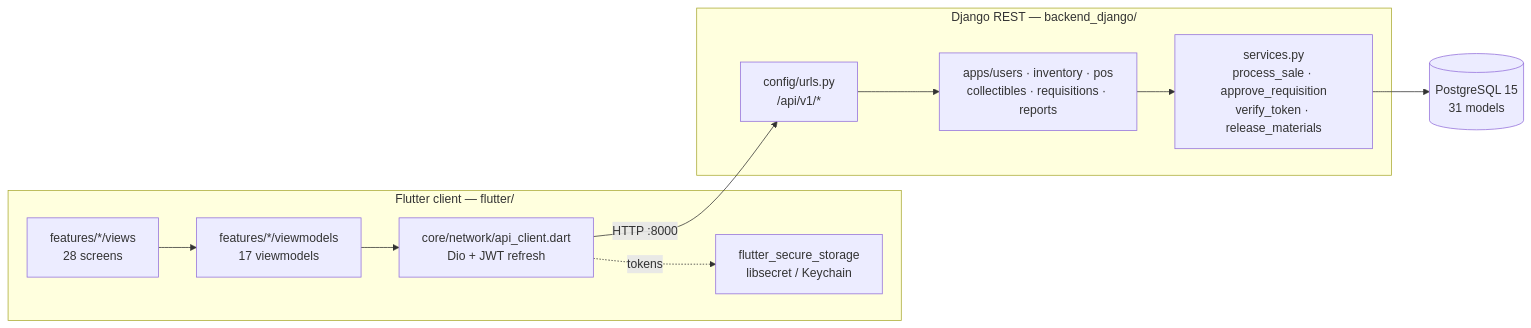
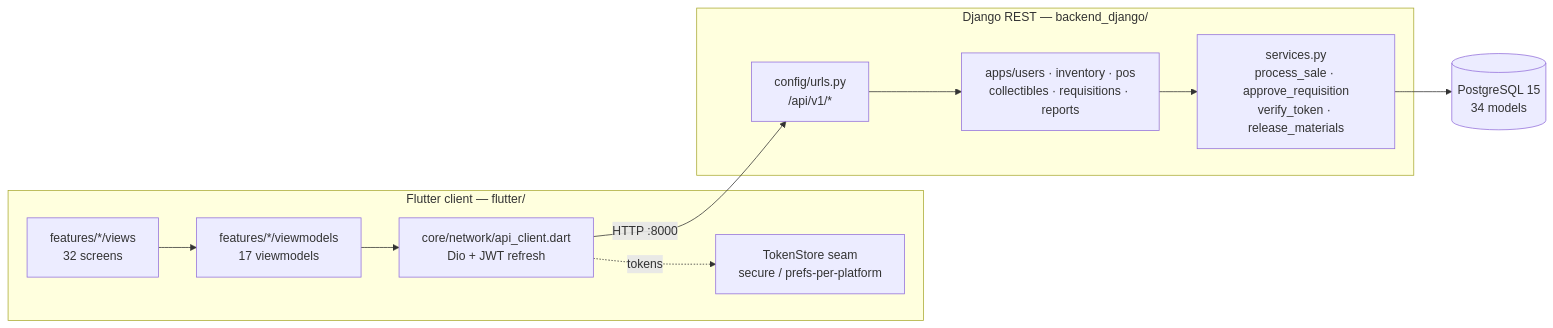
Before and after one commit to ziminni/qb_hardwarestore: the first of 2 diagrams in docs/SYSTEM_ATLAS.md, drawn with Mermaid. The commit also changed other lines of this file and 1 other file, not shown here.

Commit message:
docs(icm): atlas refresh 2026-10-21 — cashier-workflow live rows, 25/39 matrix, 34 models

````diff
--- a/docs/SYSTEM_ATLAS.md
+++ b/docs/SYSTEM_ATLAS.md
@@ -13,20 +13,20 @@
 ```mermaid
 flowchart LR
   subgraph Client["Flutter client — flutter/"]
-    UI["features/*/views<br/>28 screens"]
+    UI["features/*/views<br/>32 screens"]
     VM["features/*/viewmodels<br/>17 viewmodels"]
     NET["core/network/api_client.dart<br/>Dio + JWT refresh"]
-    SEC["flutter_secure_storage<br/>libsecret / Keychain"]
+    SEC["TokenStore seam<br/>secure / prefs-per-platform"]
     UI --> VM --> NET
     NET -. tokens .-> SEC
   end
   subgraph Server["Django REST — backend_django/"]
     URLS["config/urls.py<br/>/api/v1/*"]
     APPS["apps/users · inventory · pos<br/>collectibles · requisitions · reports"]
     SVC["services.py<br/>process_sale · approve_requisition<br/>verify_token · release_materials"]
     URLS --> APPS --> SVC
   end
-  DB[("PostgreSQL 15<br/>31 models")]
+  DB[("PostgreSQL 15<br/>34 models")]
   NET -- "HTTP :8000" --> URLS
   SVC --> DB
 ```
````
